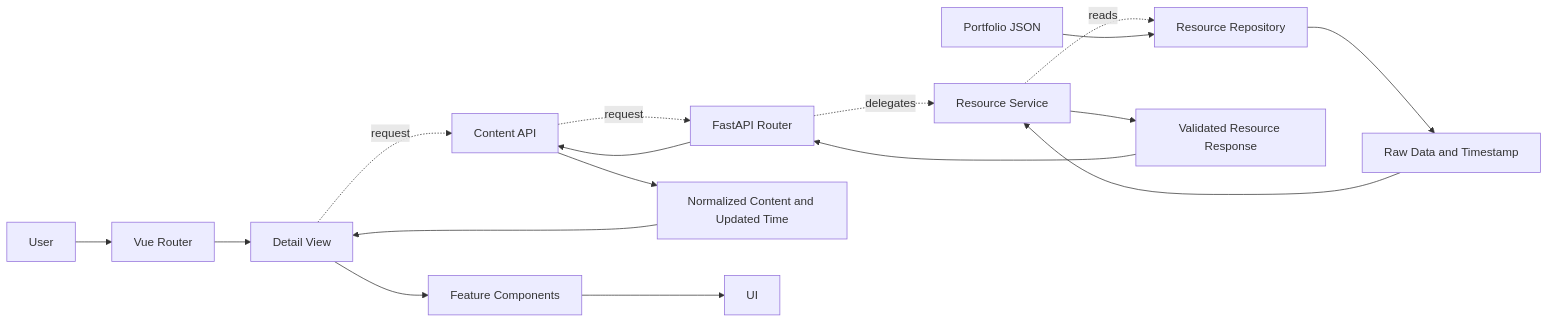
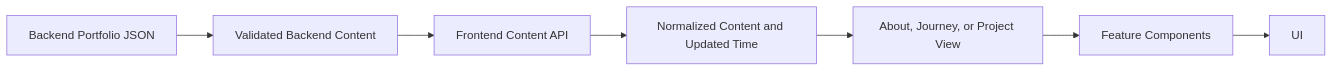
One commit to TsengYuanChe/PersonalWeb_FastAPI_Vue changed the third of 7 diagrams in DATAFLOW.md. Above: the diagram before and after it, drawn with Mermaid. The commit also changed other lines of this file, not shown here.

Commit message:
docs(dataflow): refine runtime data movement documentation

````diff
--- a/DATAFLOW.md
+++ b/DATAFLOW.md
@@ -54,19 +45,9 @@
 ```mermaid
 flowchart LR
-    User --> Router[Vue Router]
-    Router --> View[Detail View]
-    View -. request .-> ContentAPI[Content API]
-    ContentAPI -. request .-> FastAPI[FastAPI Router]
-    FastAPI -. delegates .-> Service[Resource Service]
-    Service -. reads .-> Repository[Resource Repository]
-    JSON[Portfolio JSON] --> Repository
-    Repository --> Raw[Raw Data and Timestamp]
-    Raw --> Service
-    Service --> Validated[Validated Resource Response]
-    Validated --> FastAPI
-    FastAPI --> ContentAPI
+    JSON[Backend Portfolio JSON] --> Backend[Validated Backend Content]
+    Backend --> ContentAPI[Frontend Content API]
     ContentAPI --> Normalized[Normalized Content and Updated Time]
-    Normalized --> View
+    Normalized --> View[About, Journey, or Project View]
     View --> Components[Feature Components]
     Components --> UI
 ```
````
